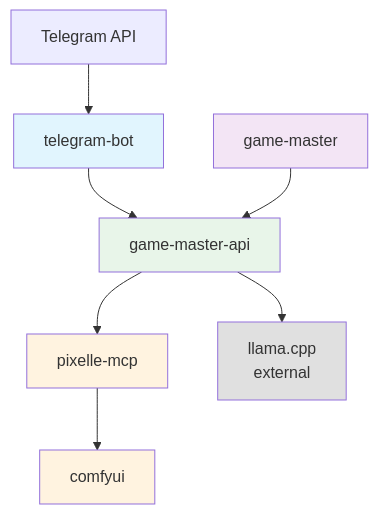
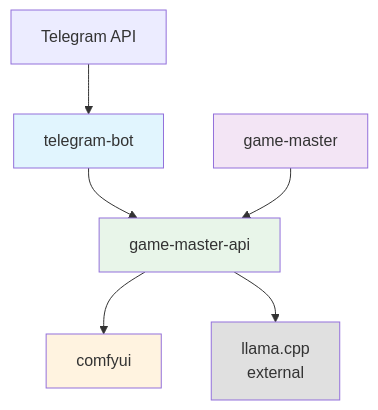
One commit to Slach/ai-games changed the diagram in README.md. Above: the diagram before and after it, drawn with Mermaid. The commit also changed other lines of this file and 13 other files, not shown here.

````diff
--- a/README.md
+++ b/README.md
@@ -7,16 +7,14 @@
 ```mermaid
 graph TD
     A[Telegram API] --> B[telegram-bot]
     B --> C[game-master-api]
     D[game-master] --> C
-    C --> E[pixelle-mcp]
-    E --> F[comfyui]
+    C --> E[comfyui]
     C --> G[llama.cpp<br/>external]
 
     style B fill:#E1F5FE
     style C fill:#E8F5E9
     style E fill:#FFF3E0
-    style F fill:#FFF3E0
     style G fill:#E0E0E0
     style D fill:#F3E5F5
 ```
````
